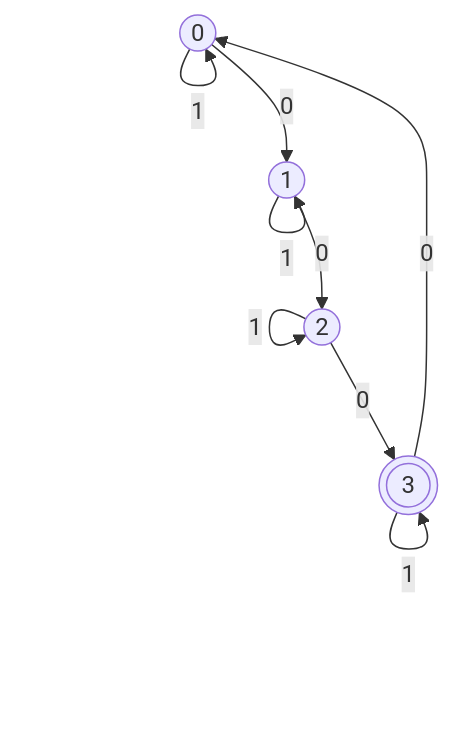
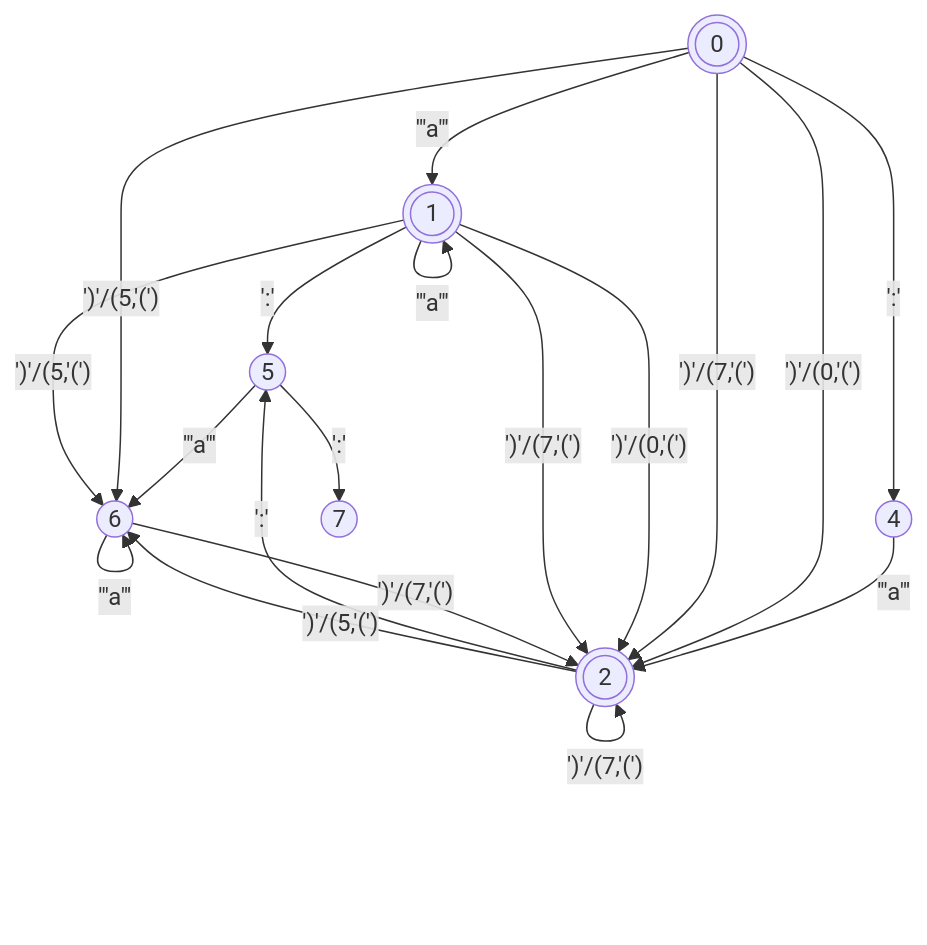
One commit to makenowjust/lernen changed the third of 4 diagrams in README.md. Above: the diagram before and after it, drawn with Mermaid. The commit also changed other lines of this file and 4 other files, not shown here.

````diff
--- a/README.md
+++ b/README.md
@@ -31,16 +420,31 @@
-```mermaid
-flowchart TD
-  0((0))
-  1((1))
-  2((2))
-  3(((3)))
+  ```mermaid
+  flowchart TD
+    0(((0)))
+    1(((1)))
+    2(((2)))
+    4((4))
+    5((5))
+    6((6))
+    7((7))
 
-  0 -- 0 --> 1
-  0 -- 1 --> 0
-  1 -- 0 --> 2
-  1 -- 1 --> 1
-  2 -- 0 --> 3
-  2 -- 1 --> 2
-  3 -- 0 --> 0
-  3 -- 1 --> 3
-```
+    0 -- "'#34;a#34;'" --> 1
+    0 -- "':'" --> 4
+    1 -- "'#34;a#34;'" --> 1
+    1 -- "':'" --> 5
+    2 -- "':'" --> 5
+    4 -- "'#34;a#34;'" --> 2
+    5 -- "'#34;a#34;'" --> 6
+    5 -- "':'" --> 7
+    6 -- "'#34;a#34;'" --> 6
+
+    0 -- "')'/(0,'(')" --> 2
+    0 -- "')'/(5,'(')" --> 6
+    0 -- "')'/(7,'(')" --> 2
+    1 -- "')'/(0,'(')" --> 2
+    1 -- "')'/(5,'(')" --> 6
+    1 -- "')'/(7,'(')" --> 2
+    2 -- "')'/(0,'(')" --> 2
+    2 -- "')'/(5,'(')" --> 6
+    2 -- "')'/(7,'(')" --> 2
+    6 -- "')'/(7,'(')" --> 2
+  ```
````
